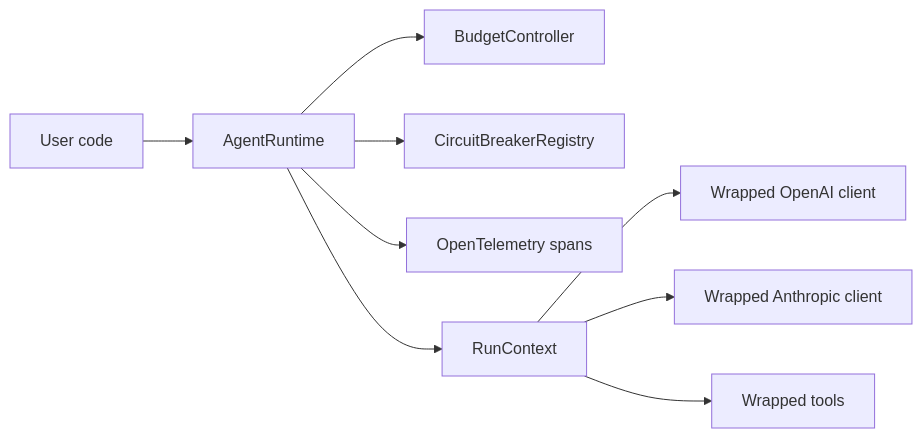
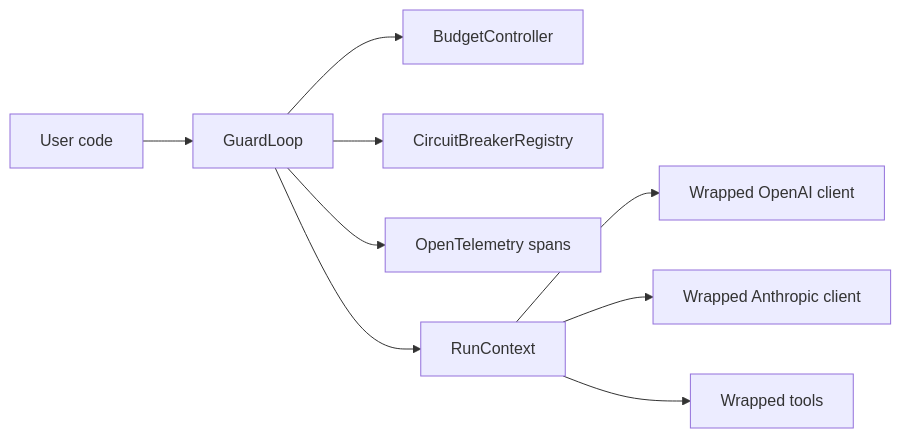
One commit to awesome-pro/guardloop changed the diagram in README.md. Above: the diagram before and after it, drawn with Mermaid. The commit also changed other lines of this file and 34 other files, not shown here.

````diff
--- a/README.md
+++ b/README.md
@@ -56,11 +56,11 @@
 ```mermaid
 flowchart LR
-    U["User code"] --> R["AgentRuntime"]
+    U["User code"] --> R["GuardLoop"]
     R --> B["BudgetController"]
     R --> CB["CircuitBreakerRegistry"]
     R --> T["OpenTelemetry spans"]
     R --> C["RunContext"]
     C --> O["Wrapped OpenAI client"]
     C --> A["Wrapped Anthropic client"]
     C --> W["Wrapped tools"]
 ```
````
